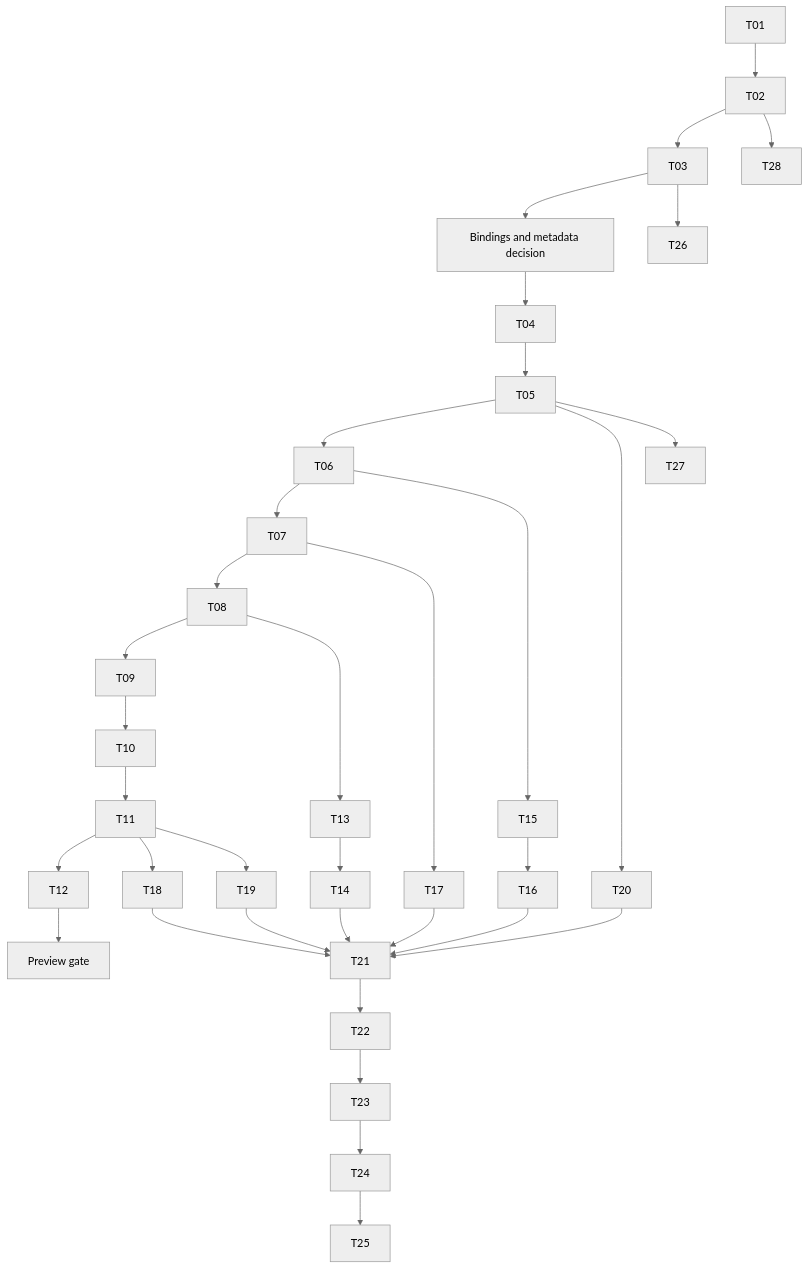
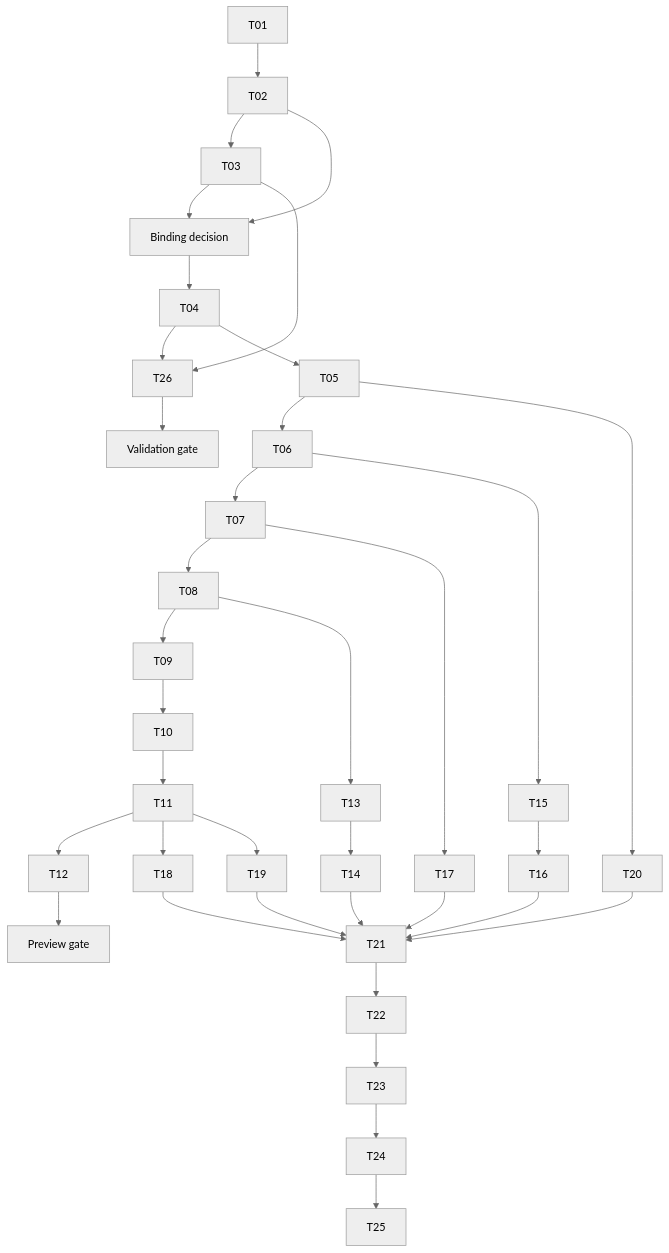
The diagram in docs/plan/IMPLEMENTATION-PLAN.md (knightfall/envoy-dotnet-control-plane), drawn with Mermaid (neutral theme) before and after one commit. The commit also changed other lines of this file and 16 other files, not shown here.

````diff
--- a/docs/plan/IMPLEMENTATION-PLAN.md
+++ b/docs/plan/IMPLEMENTATION-PLAN.md
@@ -24,37 +27,38 @@
 ```mermaid
 flowchart TD
     T01 --> T02
     T02 --> T03
-    T03 --> G1[Bindings and metadata decision]
+    T02 --> G1[Binding decision]
+    T03 --> G1
     G1 --> T04
+    T04 --> T26
+    T03 --> T26
+    T26 --> GV[Validation gate]
     T04 --> T05
     T05 --> T06
     T06 --> T07
     T07 --> T08
     T08 --> T09
     T09 --> T10
     T10 --> T11
     T11 --> T12
     T12 --> Preview[Preview gate]
     T08 --> T13
     T13 --> T14
     T06 --> T15
     T15 --> T16
     T07 --> T17
     T11 --> T18
     T11 --> T19
     T05 --> T20
     T14 --> T21
     T16 --> T21
     T17 --> T21
     T18 --> T21
     T19 --> T21
     T20 --> T21
     T21 --> T22
     T22 --> T23
     T23 --> T24
     T24 --> T25
-    T03 --> T26
-    T05 --> T27
-    T02 --> T28
 ```
````
